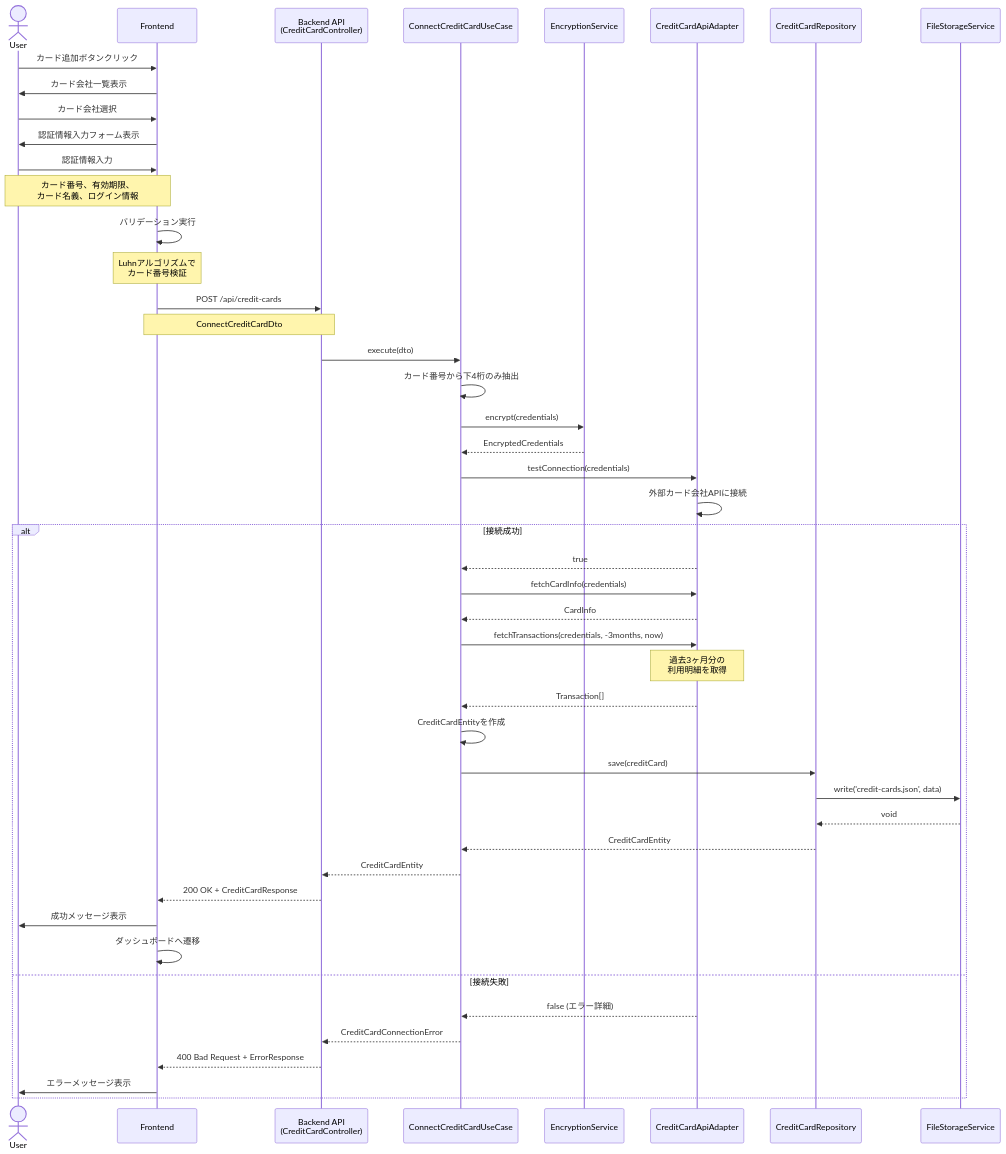
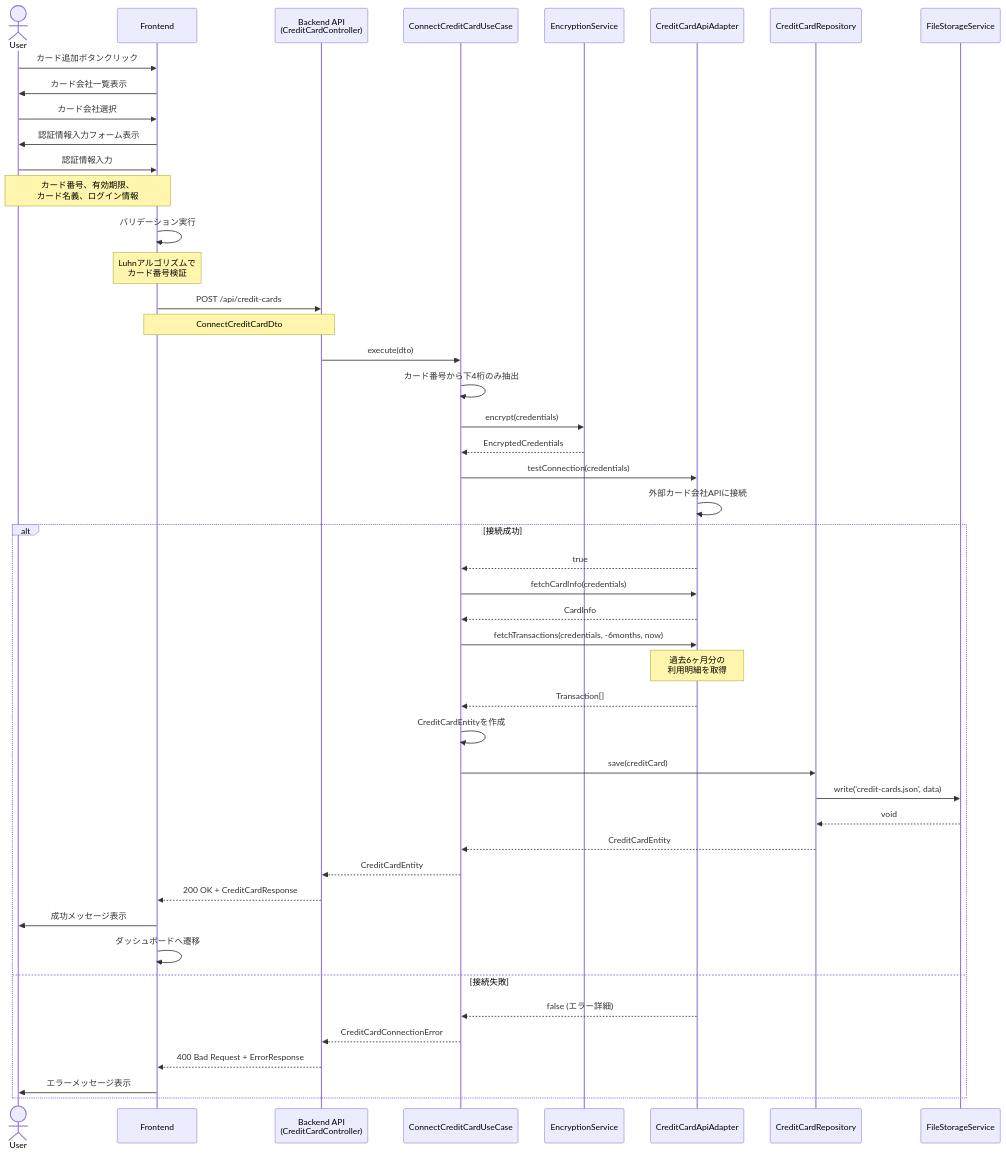
One commit to kencom2400/account-book changed the second of 10 diagrams in docs/detailed-design/FR-001-005_institution-integration/sequence-diagrams.md. Above: the diagram before and after it, drawn with Mermaid. The commit also changed 2 other files, not shown here.

Commit message:
docs: Geminiレビュー第4弾の指摘を反映
【ドキュメントと実装の整合性確保 + 設計課題のIssue化】

## ドキュメント修正（3件）

1. batch-processing.md: 削除対象の抽出説明を修正
   - 「30日以前でユーザー確認済みまたは却下」→正確な期間を記載
   - ユーザー確認済み・アーカイブ: 30日
   - 却下: 7日

2. class-diagrams.md: InstitutionControllerを実装に合わせて修正
   - 未実装のメソッド（getById, update, delete）を削除
   - 実装済みのメソッド（create, findAll, getSupportedBanks, testBankConnection）に修正
   - 実装コード確認済み

3. sequence-diagrams.md: 利用明細取得期間を実装に合わせて修正
   - ドキュメント: 過去3ヶ月 → 実装: 過去6ヶ月
   - connect-credit-card.use-case.ts (line 119) で確認
   - ドキュメントを実装（6ヶ月）に統一

## Issue作成（2件 - 設計・実装の改善が必要）

4. Issue #214: エラーレスポンスdetailsフィールドの形式統一
   - system-architecture.md: 配列形式
   - input-output-design.md: 単一オブジェクト
   - → 配列形式に統一する必要あり（実装修正が必要）

5. Issue #215: NotificationServiceの呼び出し責務をApplication層に移動
   - 現状: Presentation層→NotificationService（Onion Architecture違反）
   - 推奨: イベント駆動アーキテクチャで疎結合化
   - → アーキテクチャ改善が必要（実装修正が必要）

````diff
--- a/docs/detailed-design/FR-001-005_institution-integration/sequence-diagrams.md
+++ b/docs/detailed-design/FR-001-005_institution-integration/sequence-diagrams.md
@@ -86,62 +86,62 @@
 ```mermaid
 sequenceDiagram
     actor User
     participant UI as Frontend
     participant API as Backend API<br/>(CreditCardController)
     participant UC as ConnectCreditCardUseCase
     participant Encrypt as EncryptionService
     participant CardAPI as CreditCardApiAdapter
     participant Repo as CreditCardRepository
     participant Storage as FileStorageService
 
     User->>UI: カード追加ボタンクリック
     UI->>User: カード会社一覧表示
     User->>UI: カード会社選択
     UI->>User: 認証情報入力フォーム表示
 
     User->>UI: 認証情報入力
     Note over User,UI: カード番号、有効期限、<br/>カード名義、ログイン情報
 
     UI->>UI: バリデーション実行
     Note over UI: Luhnアルゴリズムで<br/>カード番号検証
 
     UI->>API: POST /api/credit-cards
     Note over UI,API: ConnectCreditCardDto
 
     API->>UC: execute(dto)
 
     UC->>UC: カード番号から下4桁のみ抽出
     UC->>Encrypt: encrypt(credentials)
     Encrypt-->>UC: EncryptedCredentials
 
     UC->>CardAPI: testConnection(credentials)
     CardAPI->>CardAPI: 外部カード会社APIに接続
 
     alt 接続成功
         CardAPI-->>UC: true
 
         UC->>CardAPI: fetchCardInfo(credentials)
         CardAPI-->>UC: CardInfo
 
-        UC->>CardAPI: fetchTransactions(credentials, -3months, now)
-        Note over CardAPI: 過去3ヶ月分の<br/>利用明細を取得
+        UC->>CardAPI: fetchTransactions(credentials, -6months, now)
+        Note over CardAPI: 過去6ヶ月分の<br/>利用明細を取得
         CardAPI-->>UC: Transaction[]
 
         UC->>UC: CreditCardEntityを作成
         UC->>Repo: save(creditCard)
         Repo->>Storage: write('credit-cards.json', data)
         Storage-->>Repo: void
         Repo-->>UC: CreditCardEntity
 
         UC-->>API: CreditCardEntity
         API-->>UI: 200 OK + CreditCardResponse
         UI->>User: 成功メッセージ表示
         UI->>UI: ダッシュボードへ遷移
 
     else 接続失敗
         CardAPI-->>UC: false (エラー詳細)
         UC-->>API: CreditCardConnectionError
         API-->>UI: 400 Bad Request + ErrorResponse
         UI->>User: エラーメッセージ表示
     end
 ```
````
